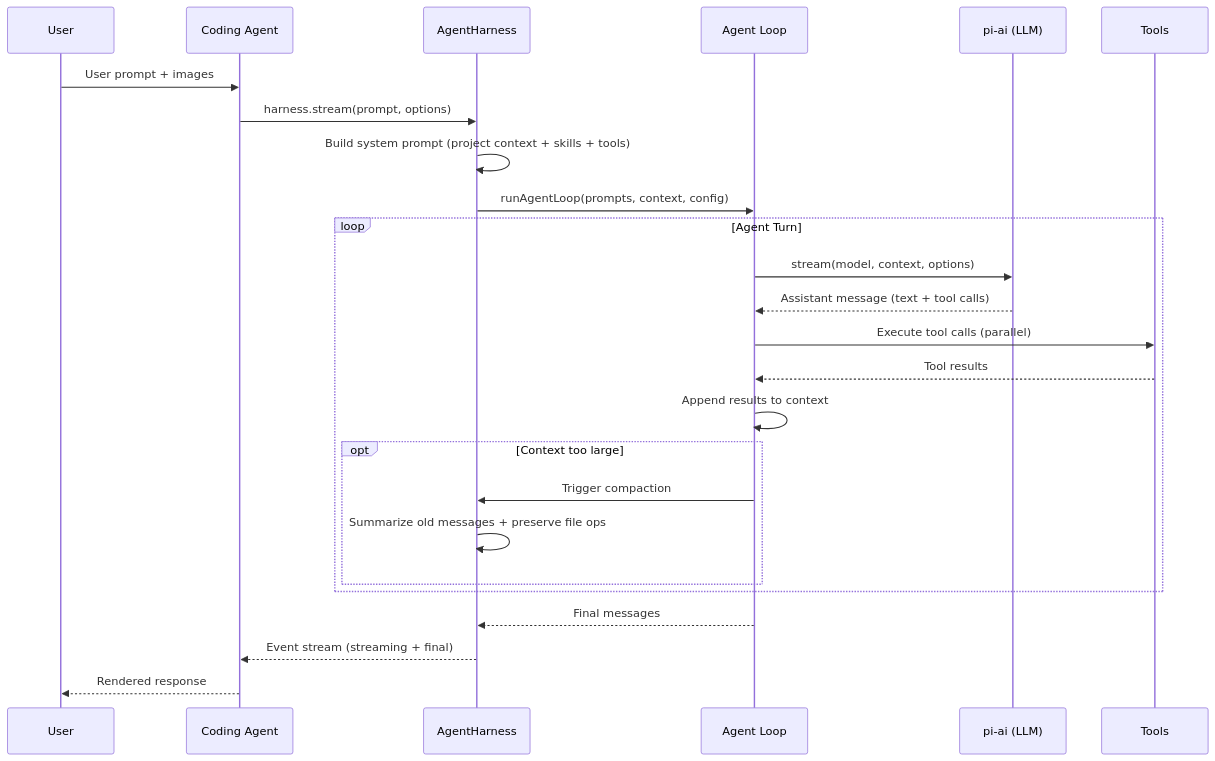
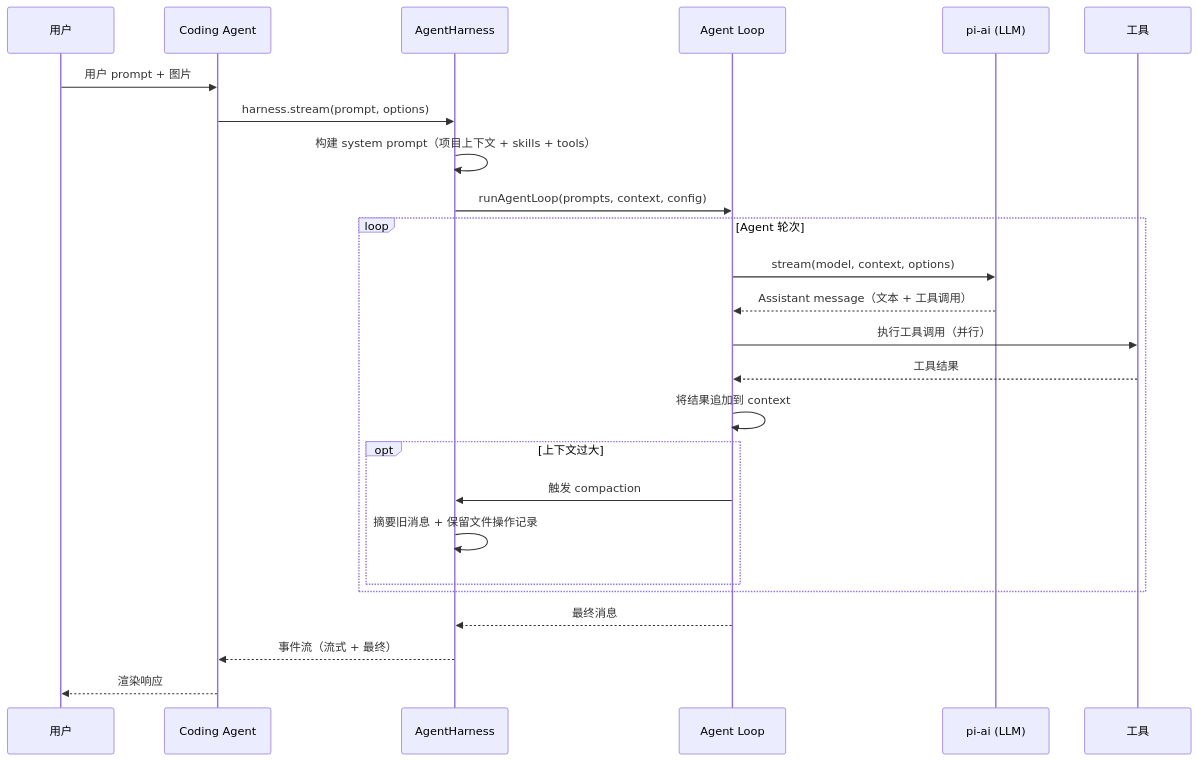
The second of 2 diagrams in research-pi-20260724/report.md (devweekly/devweekly.github.io), drawn with Mermaid before and after one commit. The commit also changed other lines of this file and 6 other files, not shown here.

````diff
--- a/research-pi-20260724/report.md
+++ b/research-pi-20260724/report.md
@@ -77,28 +77,28 @@
 ```mermaid
 sequenceDiagram
-  participant U as User
+  participant U as 用户
   participant CA as Coding Agent
   participant AH as AgentHarness
   participant AL as Agent Loop
   participant AI as pi-ai (LLM)
-  participant T as Tools
+  participant T as 工具
 
-  U->>CA: User prompt + images
+  U->>CA: 用户 prompt + 图片
   CA->>AH: harness.stream(prompt, options)
-  AH->>AH: Build system prompt (project context + skills + tools)
+  AH->>AH: 构建 system prompt（项目上下文 + skills + tools）
   AH->>AL: runAgentLoop(prompts, context, config)
-  loop Agent Turn
+  loop Agent 轮次
     AL->>AI: stream(model, context, options)
-    AI-->>AL: Assistant message (text + tool calls)
-    AL->>T: Execute tool calls (parallel)
-    T-->>AL: Tool results
-    AL->>AL: Append results to context
-    opt Context too large
-      AL->>AH: Trigger compaction
-      AH->>AH: Summarize old messages + preserve file ops
+    AI-->>AL: Assistant message（文本 + 工具调用）
+    AL->>T: 执行工具调用（并行）
+    T-->>AL: 工具结果
+    AL->>AL: 将结果追加到 context
+    opt 上下文过大
+      AL->>AH: 触发 compaction
+      AH->>AH: 摘要旧消息 + 保留文件操作记录
     end
   end
-  AL-->>AH: Final messages
-  AH-->>CA: Event stream (streaming + final)
-  CA-->>U: Rendered response
+  AL-->>AH: 最终消息
+  AH-->>CA: 事件流（流式 + 最终）
+  CA-->>U: 渲染响应
 ```
````
